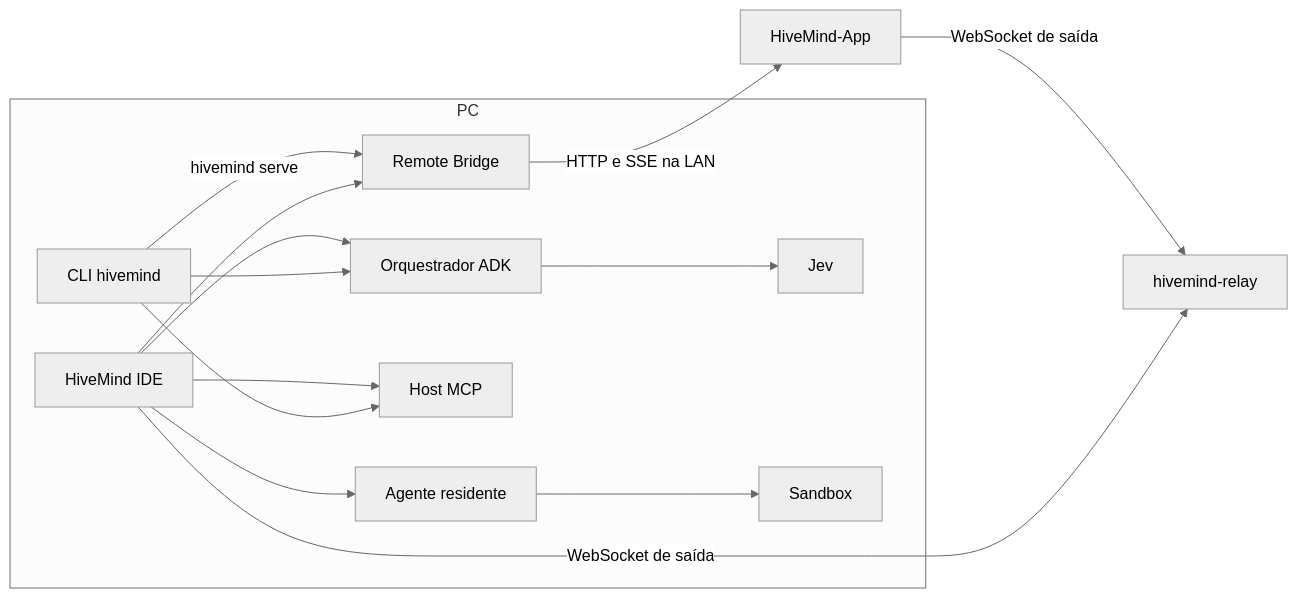
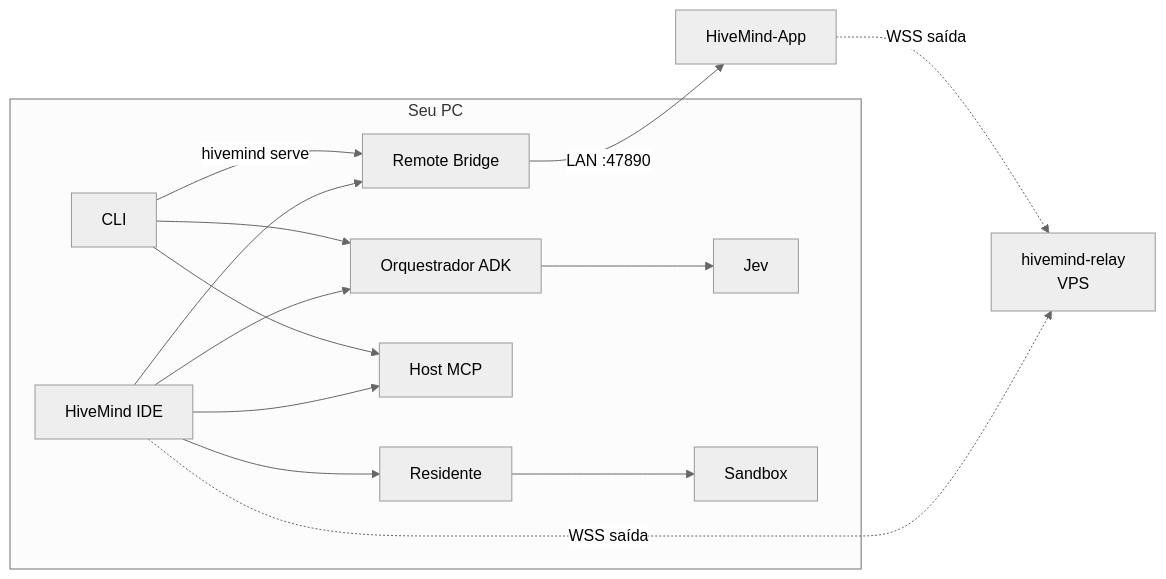
The third of 5 diagrams in README.md (gilvan-Borges/hivemind), drawn with Mermaid (neutral theme) before and after one commit. The commit also changed other lines of this file, not shown here.

First line of the commit message:
docs: README de produto com instalação, remote e relay

````diff
--- a/README.md
+++ b/README.md
@@ -34,28 +168,27 @@
 ```mermaid
 flowchart LR
-  subgraph pc [PC]
-    CLI[CLI hivemind]
+  subgraph desk [Seu PC]
     IDE[HiveMind IDE]
+    CLI[CLI]
     ORCH[Orquestrador ADK]
     JEV[Jev]
-    RES[Agente residente]
+    RES[Residente]
     SB[Sandbox]
     MCP[Host MCP]
     BR[Remote Bridge]
   end
-  RELAY[hivemind-relay]
+  RELAY[hivemind-relay<br/>VPS]
   APP[HiveMind-App]
 
+  IDE --> ORCH
   CLI --> ORCH
-  IDE --> ORCH
   ORCH --> JEV
-  IDE --> RES
-  RES --> SB
+  IDE --> RES --> SB
+  IDE --> MCP
   CLI --> MCP
-  IDE --> MCP
   IDE --> BR
   CLI -->|hivemind serve| BR
-  BR -->|HTTP e SSE na LAN| APP
-  IDE -->|WebSocket de saída| RELAY
-  APP -->|WebSocket de saída| RELAY
+  BR -->|LAN :47890| APP
+  IDE -.->|WSS saída| RELAY
+  APP -.->|WSS saída| RELAY
 ```
````
